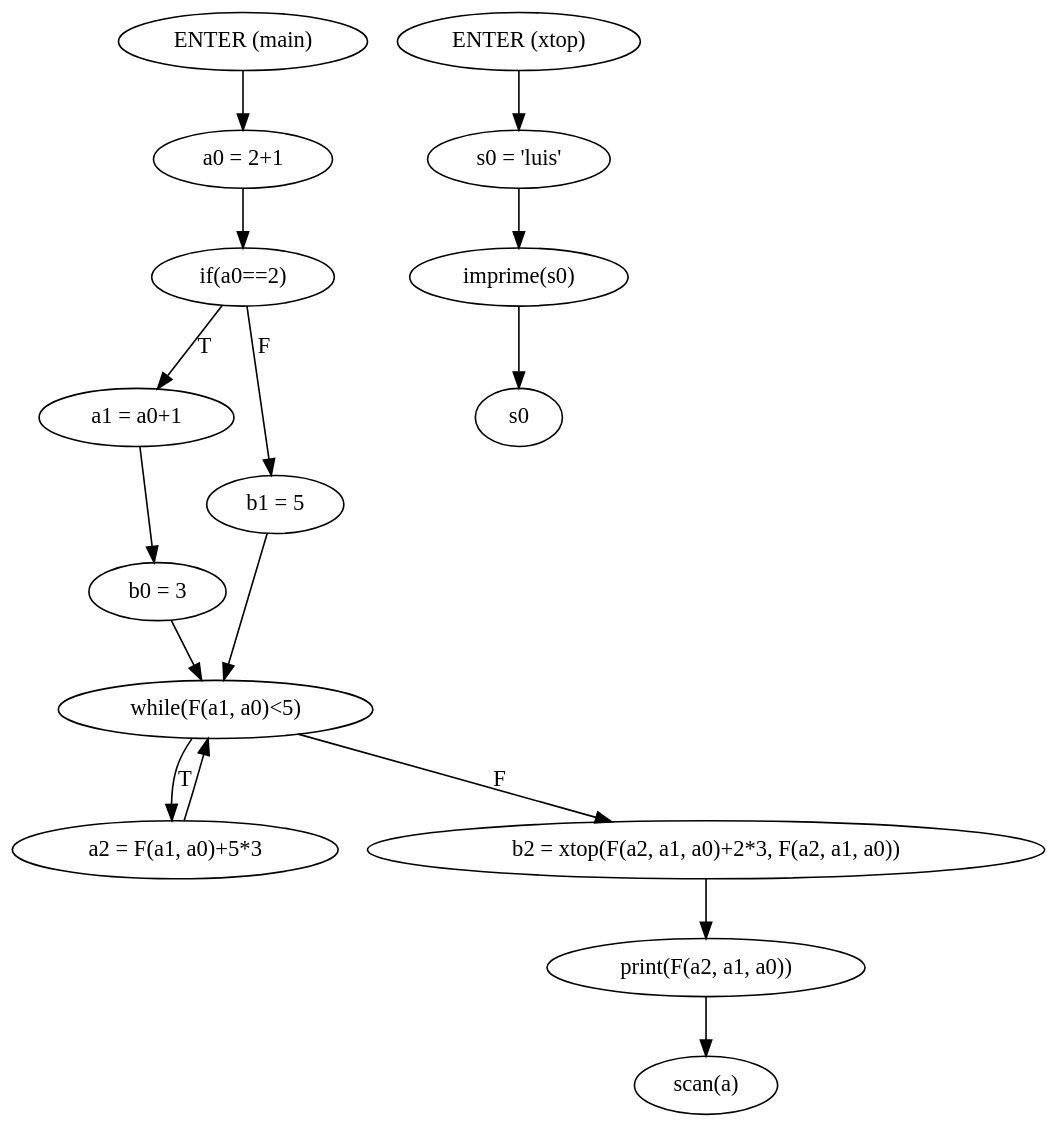
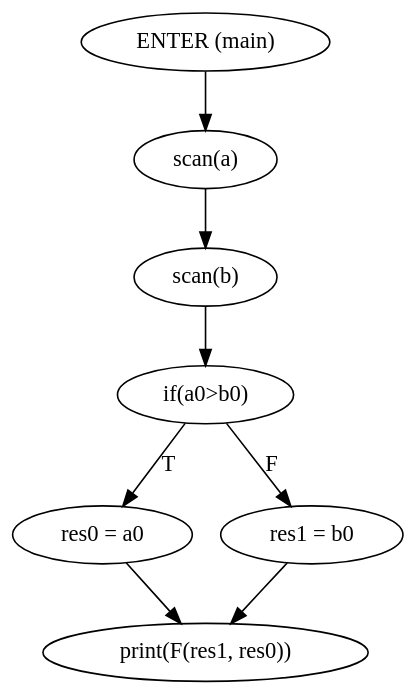
Before and after one commit to MiguelCosta/ATS: the diagram in Final/Cmb/WebSite/Gramatica/output/ssa.gv, drawn with Graphviz. The commit also changed 18 other files, not shown here.

```diff
--- a/Final/Cmb/WebSite/Gramatica/output/ssa.gv
+++ b/Final/Cmb/WebSite/Gramatica/output/ssa.gv
@@ -1,33 +1,17 @@
 digraph mainmapSSA {
 graph [bgcolor=transparent];
 "ENTER (main)"[label="ENTER (main)"];
-"a = 2+1"[label="a0 = 2+1"];
-"if(a==2)"[label="if(a0==2)"];
-"a = a+1"[label="a1 = a0+1"];
-"b = 3"[label="b0 = 3"];
-"b = 5"[label="b1 = 5"];
-"while(a<5)"[label="while(F(a1, a0)<5)"];
-"a = a+5*3"[label="a2 = F(a1, a0)+5*3"];
-"b = xtop(a+2*3, a)"[label="b2 = xtop(F(a2, a1, a0)+2*3, F(a2, a1, a0))"];
-"print(a)"[label="print(F(a2, a1, a0))"];
 "scan(a)"[label="scan(a)"];
-"ENTER (main)" -> "a = 2+1";
-	"a = 2+1" -> "if(a==2)";
-	"if(a==2)" -> "a = a+1"[label="T"];
-	"if(a==2)" -> "b = 5"[label="F"];
-	"a = a+1" -> "b = 3";
-	"b = 3" -> "while(a<5)";
-	"b = 5" -> "while(a<5)";
-	"while(a<5)" -> "a = a+5*3"[label="T"];
-	"while(a<5)" -> "b = xtop(a+2*3, a)"[label="F"];
-	"a = a+5*3" -> "while(a<5)";
-	"b = xtop(a+2*3, a)" -> "print(a)";
-	"print(a)" -> "scan(a)";
-	"ENTER (xtop)"[label="ENTER (xtop)"];
-"s = 'luis'"[label="s0 = 'luis'"];
-"imprime(s)"[label="imprime(s0)"];
-"return s"[label="s0"];
-"ENTER (xtop)" -> "s = 'luis'";
-	"s = 'luis'" -> "imprime(s)";
-	"imprime(s)" -> "return s";
+"scan(b)"[label="scan(b)"];
+"if(a>b)"[label="if(a0>b0)"];
+"res = a"[label="res0 = a0"];
+"res = b"[label="res1 = b0"];
+"print(res)"[label="print(F(res1, res0))"];
+"ENTER (main)" -> "scan(a)";
+	"scan(a)" -> "scan(b)";
+	"scan(b)" -> "if(a>b)";
+	"if(a>b)" -> "res = a"[label="T"];
+	"if(a>b)" -> "res = b"[label="F"];
+	"res = a" -> "print(res)";
+	"res = b" -> "print(res)";
 	}
```
